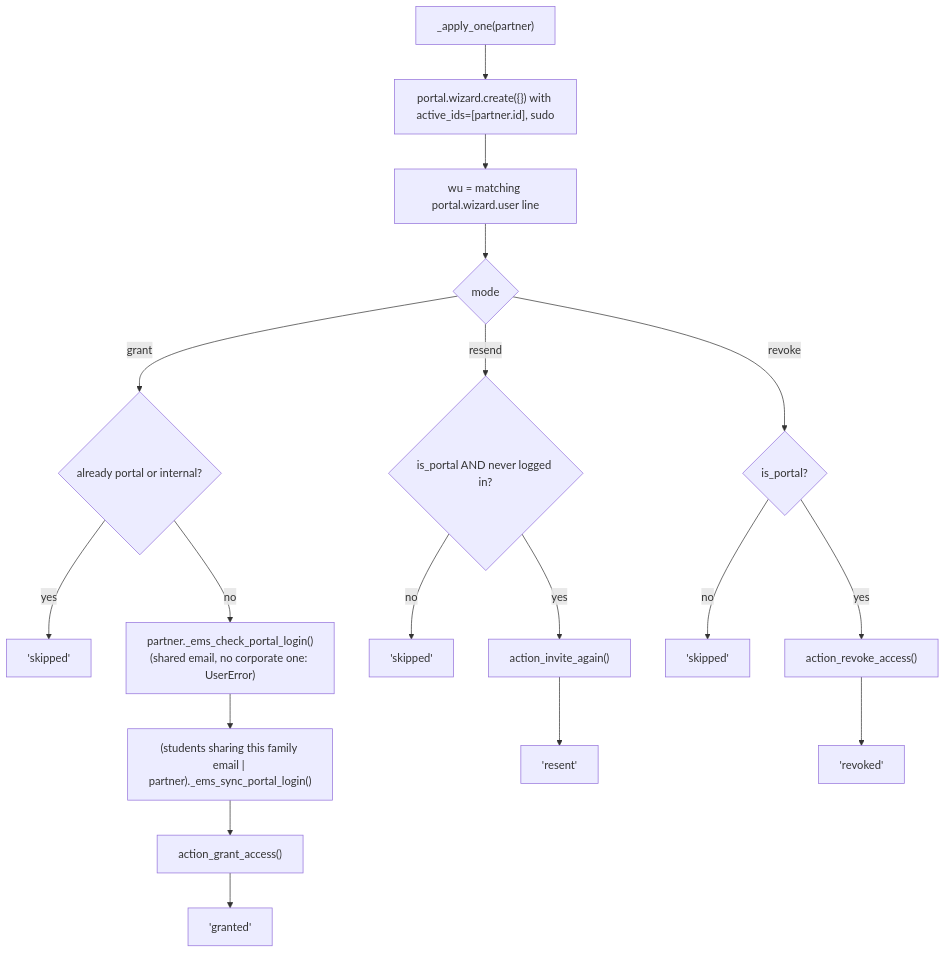
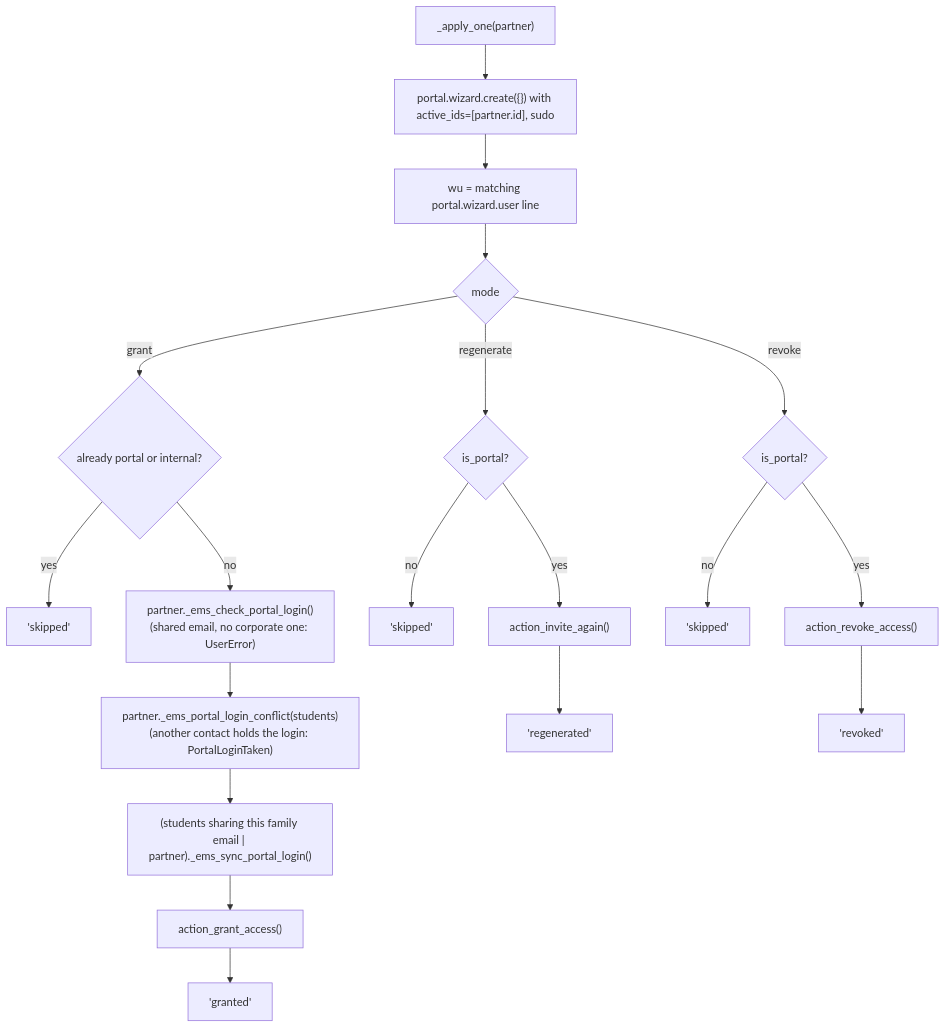
Before and after one commit to ElPuig/EMS: the second of 3 diagrams in docs/en/developers/contacts/portal_access_wizard.md, drawn with Mermaid. The commit also changed other lines of this file and 186 other files, not shown here.

````diff
--- a/docs/en/developers/contacts/portal_access_wizard.md
+++ b/docs/en/developers/contacts/portal_access_wizard.md
@@ -113,17 +113,18 @@
 ```mermaid
 flowchart TD
     A["_apply_one(partner)"] --> B["portal.wizard.create({}) with active_ids=[partner.id], sudo"]
     B --> C["wu = matching portal.wizard.user line"]
     C --> D{"mode"}
     D -- grant --> E{"already portal or internal?"}
     E -- yes --> S1["'skipped'"]
     E -- no --> P["partner._ems_check_portal_login()\n(shared email, no corporate one: UserError)"]
-    P --> F["(students sharing this family email | partner)._ems_sync_portal_login()"]
+    P --> L["partner._ems_portal_login_conflict(students)\n(another contact holds the login: PortalLoginTaken)"]
+    L --> F["(students sharing this family email | partner)._ems_sync_portal_login()"]
     F --> G["action_grant_access()"] --> R1["'granted'"]
-    D -- resend --> H{"is_portal AND never logged in?"}
+    D -- regenerate --> H{"is_portal?"}
     H -- no --> S2["'skipped'"]
-    H -- yes --> I["action_invite_again()"] --> R2["'resent'"]
+    H -- yes --> I["action_invite_again()"] --> R2["'regenerated'"]
     D -- revoke --> J{"is_portal?"}
     J -- no --> S3["'skipped'"]
     J -- yes --> K["action_revoke_access()"] --> R3["'revoked'"]
 ```
````
